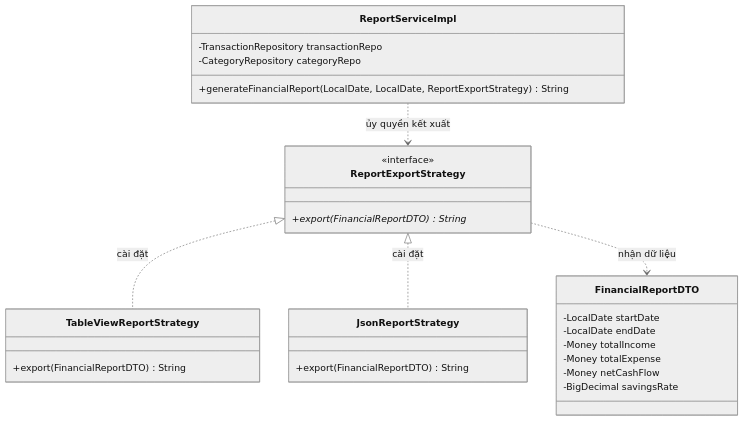
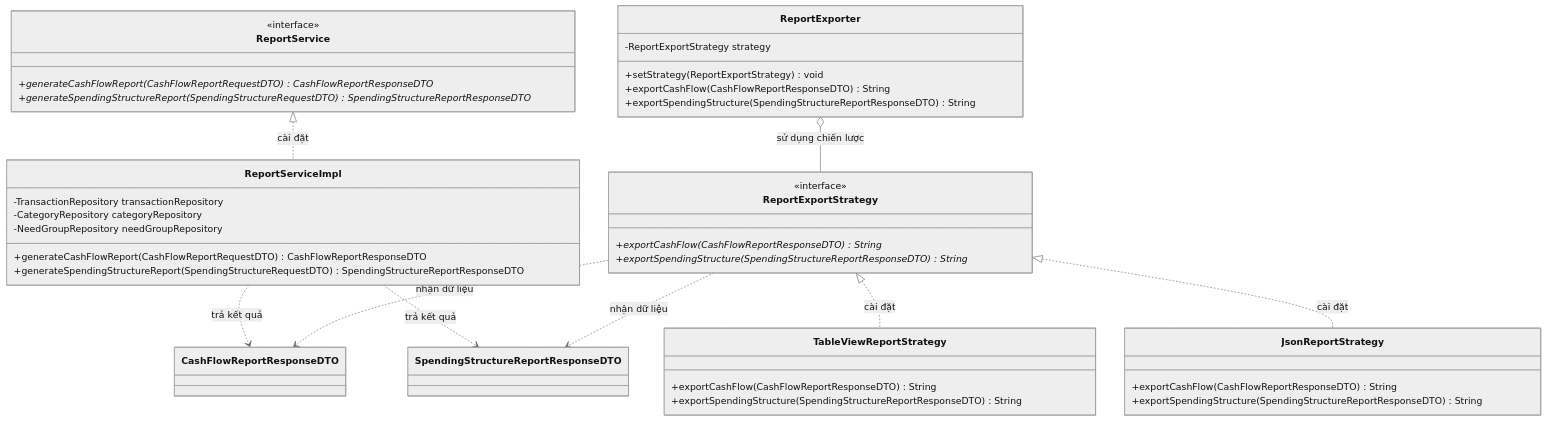
The second of 4 diagrams in docs/object-oriented-design/06-ap-dung-nguyen-ly-solid-va-thiet-ke-mau-gof.md (mynhleeh/pfms-oop), drawn with Mermaid (neutral theme) before and after one commit. The commit also changed other lines of this file and 21 other files, not shown here.

Commit message:
docs(spec): align SRS, OOA, and OOD models with 12-month window and single-scan sequence

````diff
--- a/docs/object-oriented-design/06-ap-dung-nguyen-ly-solid-va-thiet-ke-mau-gof.md
+++ b/docs/object-oriented-design/06-ap-dung-nguyen-ly-solid-va-thiet-ke-mau-gof.md
@@ -136,37 +136,53 @@
 ```mermaid
 classDiagram
     direction TB
 
+    class ReportService {
+        <<interface>>
+        +generateCashFlowReport(CashFlowReportRequestDTO) CashFlowReportResponseDTO*
+        +generateSpendingStructureReport(SpendingStructureRequestDTO) SpendingStructureReportResponseDTO*
+    }
+
     class ReportServiceImpl {
-        -TransactionRepository transactionRepo
-        -CategoryRepository categoryRepo
-        +generateFinancialReport(LocalDate, LocalDate, ReportExportStrategy) String
+        -TransactionRepository transactionRepository
+        -CategoryRepository categoryRepository
+        -NeedGroupRepository needGroupRepository
+        +generateCashFlowReport(CashFlowReportRequestDTO) CashFlowReportResponseDTO
+        +generateSpendingStructureReport(SpendingStructureRequestDTO) SpendingStructureReportResponseDTO
+    }
+
+    class ReportExporter {
+        -ReportExportStrategy strategy
+        +setStrategy(ReportExportStrategy) void
+        +exportCashFlow(CashFlowReportResponseDTO) String
+        +exportSpendingStructure(SpendingStructureReportResponseDTO) String
     }
 
     class ReportExportStrategy {
         <<interface>>
-        +export(FinancialReportDTO) String*
+        +exportCashFlow(CashFlowReportResponseDTO) String*
+        +exportSpendingStructure(SpendingStructureReportResponseDTO) String*
     }
 
     class TableViewReportStrategy {
-        +export(FinancialReportDTO) String
+        +exportCashFlow(CashFlowReportResponseDTO) String
+        +exportSpendingStructure(SpendingStructureReportResponseDTO) String
     }
 
     class JsonReportStrategy {
-        +export(FinancialReportDTO) String
+        +exportCashFlow(CashFlowReportResponseDTO) String
+        +exportSpendingStructure(SpendingStructureReportResponseDTO) String
     }
 
-    class FinancialReportDTO {
-        -LocalDate startDate
-        -LocalDate endDate
-        -Money totalIncome
-        -Money totalExpense
-        -Money netCashFlow
-        -BigDecimal savingsRate
-    }
+    class CashFlowReportResponseDTO
+    class SpendingStructureReportResponseDTO
 
-    ReportServiceImpl ..> ReportExportStrategy : ủy quyền kết xuất
+    ReportService <|.. ReportServiceImpl : cài đặt
+    ReportServiceImpl ..> CashFlowReportResponseDTO : trả kết quả
+    ReportServiceImpl ..> SpendingStructureReportResponseDTO : trả kết quả
+    ReportExporter o-- ReportExportStrategy : sử dụng chiến lược
     ReportExportStrategy <|.. TableViewReportStrategy : cài đặt
     ReportExportStrategy <|.. JsonReportStrategy : cài đặt
-    ReportExportStrategy ..> FinancialReportDTO : nhận dữ liệu
+    ReportExportStrategy ..> CashFlowReportResponseDTO : nhận dữ liệu
+    ReportExportStrategy ..> SpendingStructureReportResponseDTO : nhận dữ liệu
 ```
````
